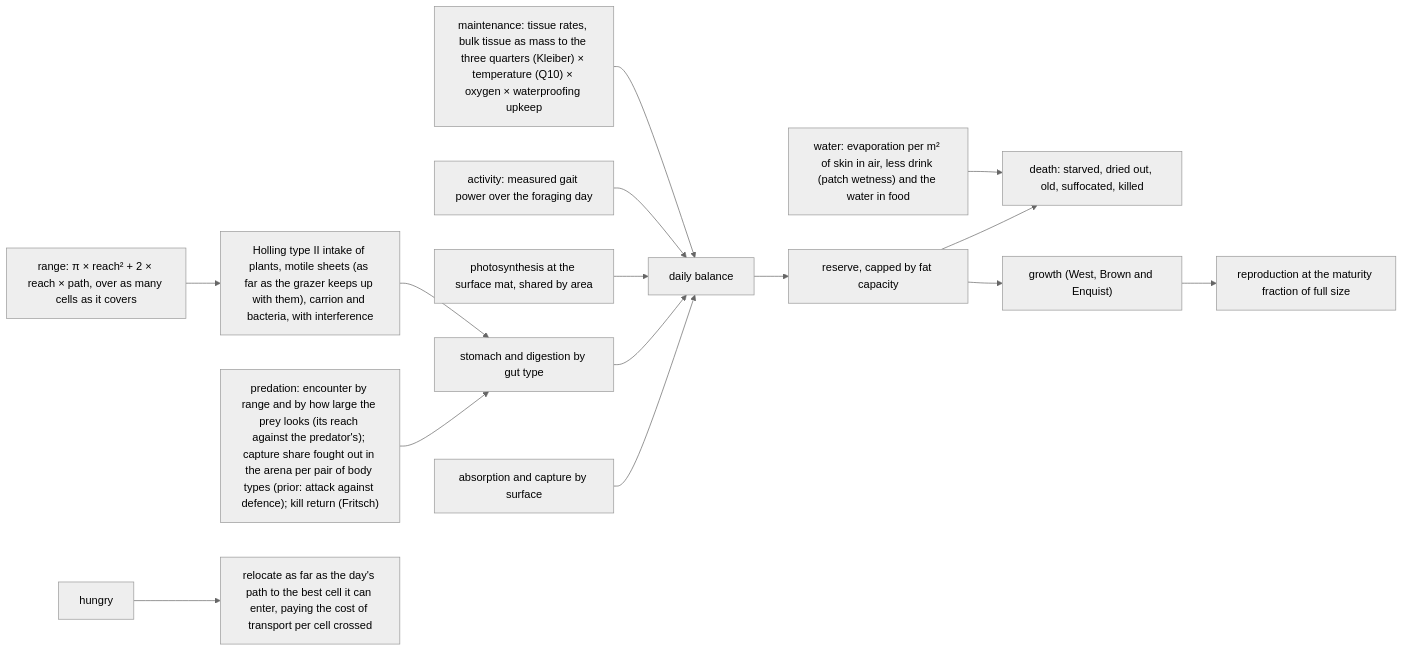
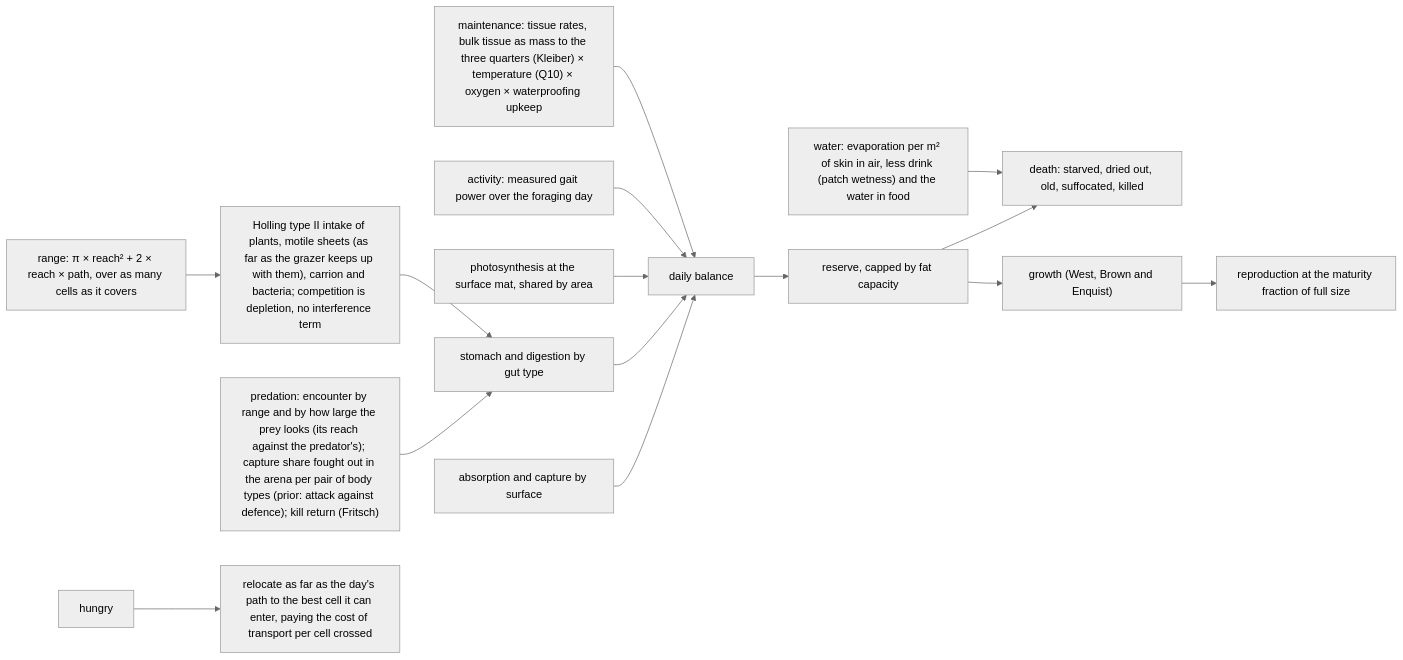
One commit to Tubbles/evo-planet changed the fourth of 5 diagrams in docs/SPEC.md. Above: the diagram before and after it, drawn with Mermaid (neutral theme). The commit also changed 1 other file, not shown here.

Commit message:
Competition is depletion: the interference term is gone
Claude-Session: https://claude.ai/code/session_01GLWuSyDJjWnuLtzNqxeWCD

````diff
--- a/docs/SPEC.md
+++ b/docs/SPEC.md
@@ -425,17 +425,17 @@
 ```mermaid
 flowchart LR
   MB["maintenance: tissue rates, bulk tissue as mass to the three quarters (Kleiber) × temperature (Q10) × oxygen × waterproofing upkeep"] --> DL[daily balance]
   AC["activity: measured gait power over the foraging day"] --> DL
   WB["water: evaporation per m² of skin in air, less drink (patch wetness) and the water in food"] --> DT
   PH["photosynthesis at the surface mat, shared by area"] --> DL
-  RG["range: π × reach² + 2 × reach × path, over as many cells as it covers"] --> FR["Holling type II intake of plants, motile sheets (as far as the grazer keeps up with them), carrion and bacteria, with interference"]
+  RG["range: π × reach² + 2 × reach × path, over as many cells as it covers"] --> FR["Holling type II intake of plants, motile sheets (as far as the grazer keeps up with them), carrion and bacteria; competition is depletion, no interference term"]
   FR --> GT["stomach and digestion by gut type"]
   GT --> DL
   OS["absorption and capture by surface"] --> DL
   PR["predation: encounter by range and by how large the prey looks (its reach against the predator's); capture share fought out in the arena per pair of body types (prior: attack against defence); kill return (Fritsch)"] --> GT
   DL --> RV["reserve, capped by fat capacity"]
   RV --> GW["growth (West, Brown and Enquist)"]
   GW --> RP["reproduction at the maturity fraction of full size"]
   RV --> DT["death: starved, dried out, old, suffocated, killed"]
   HG[hungry] --> MV["relocate as far as the day's path to the best cell it can enter, paying the cost of transport per cell crossed"]
 ```
````
